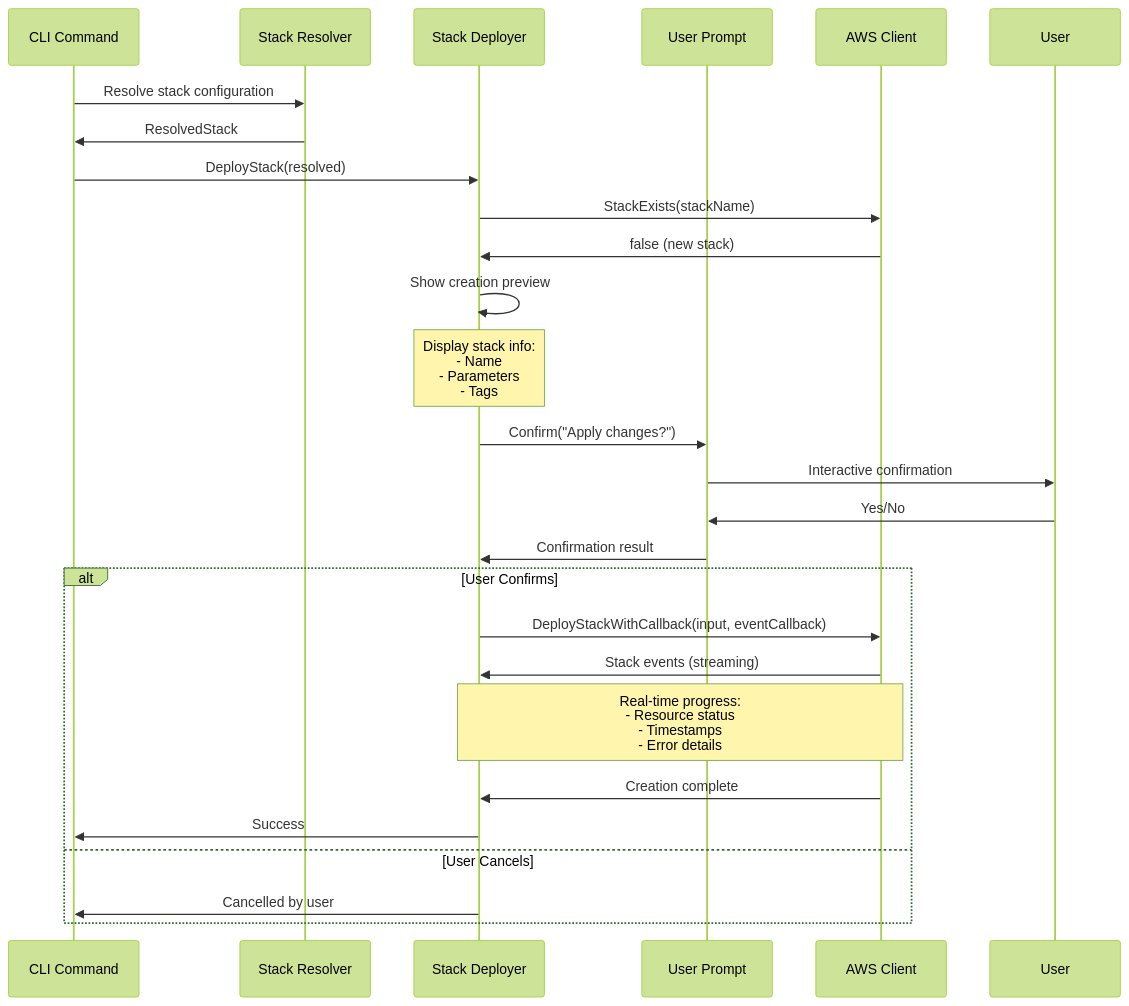
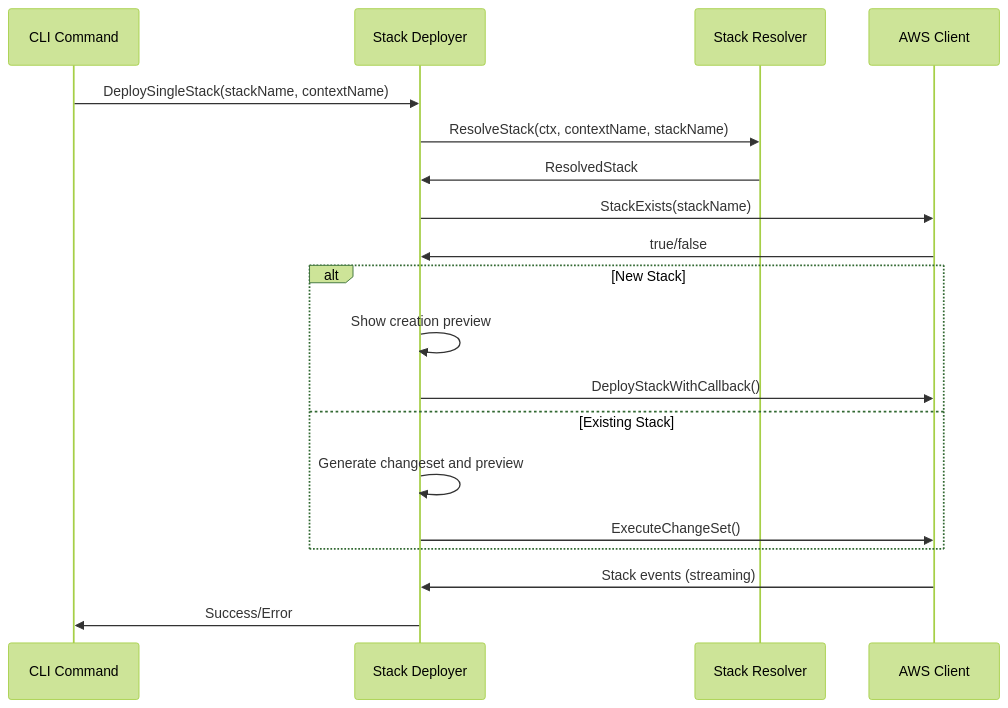
Before and after one commit to orien/stackaroo: the fifth of 7 diagrams in docs/architecture/deploy.md, drawn with Mermaid (forest theme). The commit also changed other lines of this file and 15 other files, not shown here.

````diff
--- a/docs/architecture/deploy.md
+++ b/docs/architecture/deploy.md
@@ -208,33 +160,24 @@
 ```mermaid
 sequenceDiagram
     participant CLI as CLI Command
+    participant Deployer as Stack Deployer
     participant Resolver as Stack Resolver
-    participant Deployer as Stack Deployer
-    participant Prompt as User Prompt
     participant AWS as AWS Client
 
-    CLI->>Resolver: Resolve stack configuration
-    Resolver->>CLI: ResolvedStack
+    CLI->>Deployer: DeploySingleStack(stackName, contextName)
+    Deployer->>Resolver: ResolveStack(ctx, contextName, stackName)
+    Resolver->>Deployer: ResolvedStack
+    Deployer->>AWS: StackExists(stackName)
+    AWS->>Deployer: true/false
 
-    CLI->>Deployer: DeployStack(resolved)
-    Deployer->>AWS: StackExists(stackName)
-    AWS->>Deployer: false (new stack)
+    alt New Stack
+        Deployer->>Deployer: Show creation preview
+        Deployer->>AWS: DeployStackWithCallback()
+    else Existing Stack
+        Deployer->>Deployer: Generate changeset and preview
+        Deployer->>AWS: ExecuteChangeSet()
+    end
 
-    Deployer->>Deployer: Show creation preview
-    Note over Deployer: Display stack info:<br/>- Name<br/>- Parameters<br/>- Tags
-
-    Deployer->>Prompt: Confirm("Apply changes?")
-    Prompt->>User: Interactive confirmation
-    User->>Prompt: Yes/No
-    Prompt->>Deployer: Confirmation result
-
-    alt User Confirms
-        Deployer->>AWS: DeployStackWithCallback(input, eventCallback)
-        AWS->>Deployer: Stack events (streaming)
-        Note over Deployer,AWS: Real-time progress:<br/>- Resource status<br/>- Timestamps<br/>- Error details
-        AWS->>Deployer: Creation complete
-        Deployer->>CLI: Success
-    else User Cancels
-        Deployer->>CLI: Cancelled by user
-    end
+    AWS->>Deployer: Stack events (streaming)
+    Deployer->>CLI: Success/Error
 ```
````
